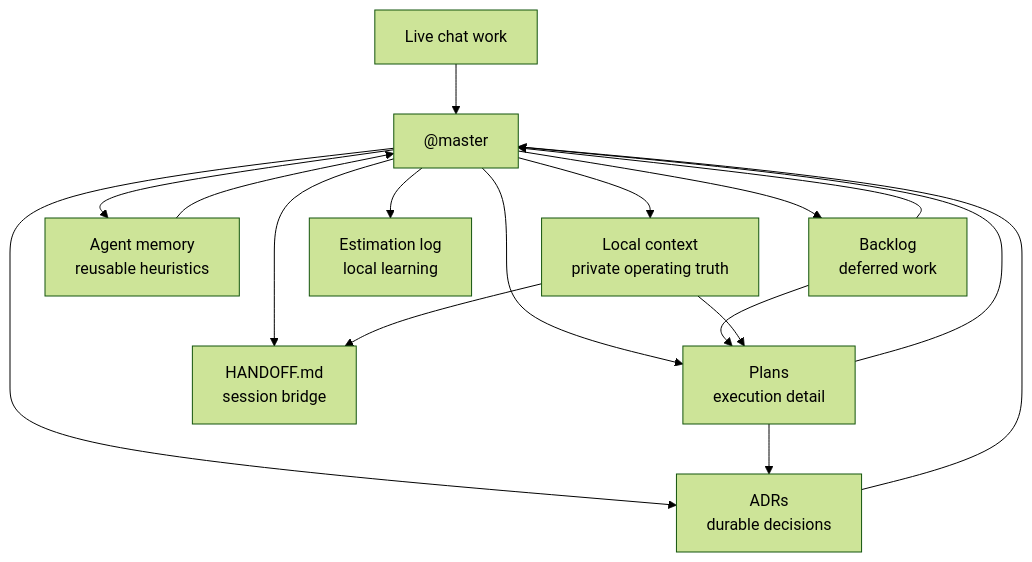
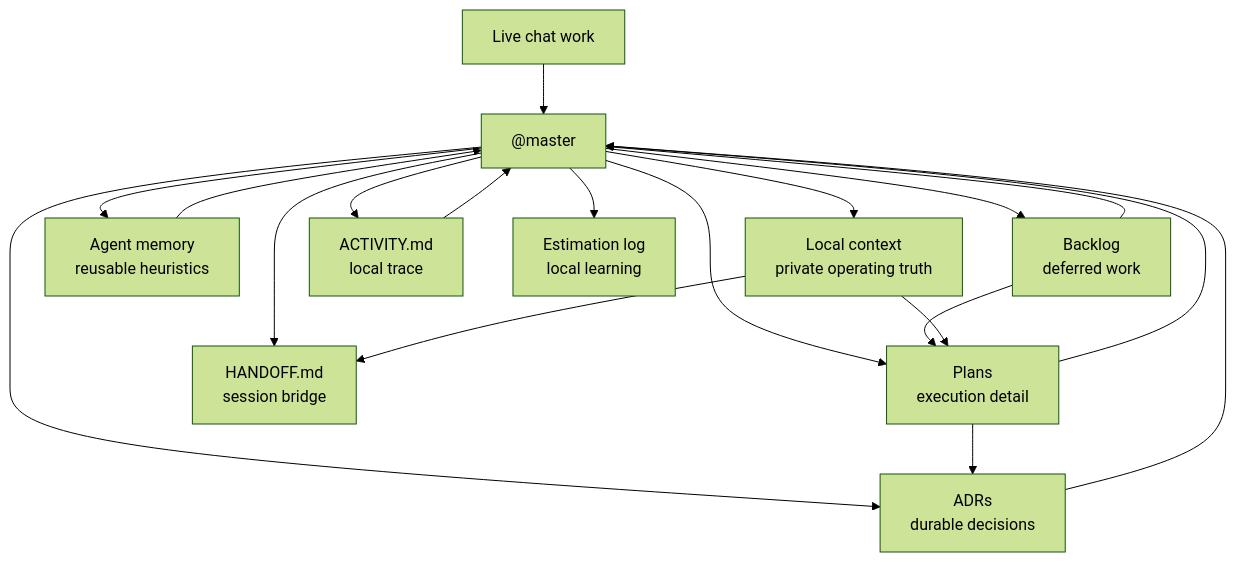
The diagram in docs/DURABLE_MEMORY.md (Konstantinos-Sakellariou/claude-team-kit), drawn with Mermaid (forest theme) before and after one commit. The commit also changed other lines of this file and 14 other files, not shown here.

Commit message:
docs(readme): improve onboarding and planning flow

````diff
--- a/docs/DURABLE_MEMORY.md
+++ b/docs/DURABLE_MEMORY.md
@@ -47,20 +48,22 @@
 ```mermaid
 flowchart TD
     CHAT["Live chat work"] --> MASTER["@master"]
     MASTER --> BACKLOG["Backlog<br/>deferred work"]
     MASTER --> PLAN["Plans<br/>execution detail"]
     MASTER --> ADR["ADRs<br/>durable decisions"]
     MASTER --> MEMORY["Agent memory<br/>reusable heuristics"]
     MASTER --> LOCAL["Local context<br/>private operating truth"]
     MASTER --> HANDOFF["HANDOFF.md<br/>session bridge"]
+    MASTER --> ACTIVITY["ACTIVITY.md<br/>local trace"]
     MASTER --> EST["Estimation log<br/>local learning"]
 
     BACKLOG --> PLAN
     PLAN --> ADR
     LOCAL --> PLAN
     LOCAL --> HANDOFF
+    ACTIVITY --> MASTER
     MEMORY --> MASTER
     ADR --> MASTER
     PLAN --> MASTER
     BACKLOG --> MASTER
 ```
````
